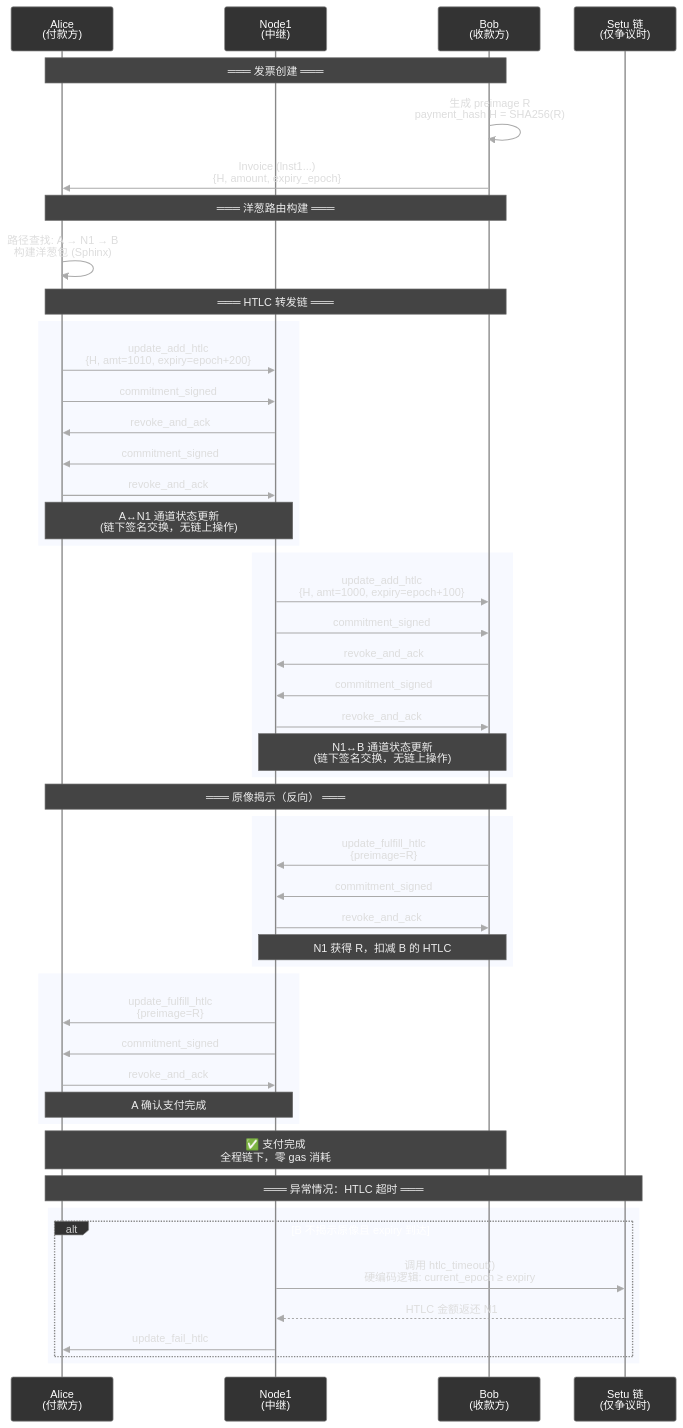
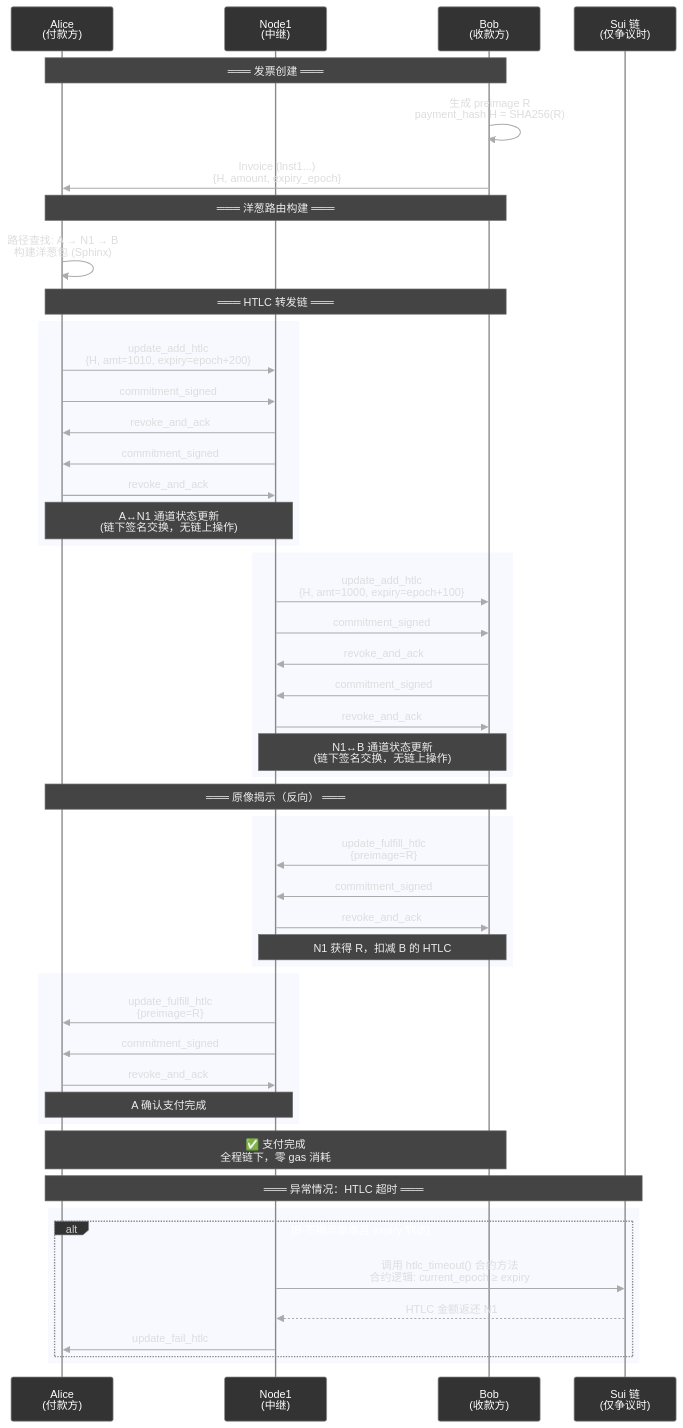
One commit to loka-network/loka-p2p-lnd changed the fifth of 9 diagrams in 1-refactor-docs/lnd-and-setu-integration.md. Above: the diagram before and after it, drawn with Mermaid. The commit also changed other lines of this file and 43 other files, not shown here.

Commit message:
Refactor: Transition from Setu to Sui backend and implement base RPC client and wallet balance mapping

````diff
--- a/1-refactor-docs/lnd-and-setu-integration.md
+++ b/1-refactor-docs/lnd-and-setu-integration.md
@@ -209,80 +209,80 @@
 ```mermaid
 %%{init: {
   'theme': 'base',
   'themeVariables': {
     'actorBorder': '#888888',
     'actorBkg': '#333333',
     'actorTextColor': '#ffffff',
     'noteBkgColor': '#444444',
     'noteBorderColor': '#666666',
     'noteTextColor': '#eeeeee',
     'signalColor': '#aaaaaa',
     'signalTextColor': '#dddddd',
     'labelTextColor': '#cccccc',
     'loopTextColor': '#ffffff',
     'activationBkgColor': '#3a3a3a',
     'fillType0': '#2a2a2a'
   }
 }}%%
 
 sequenceDiagram
     participant A as Alice<br/>(付款方)
     participant N1 as Node1<br/>(中继)
     participant B as Bob<br/>(收款方)
-    participant Setu as Setu 链<br/>(仅争议时)
+    participant Sui as Sui 链<br/>(仅争议时)
 
     Note over A, B: ═══ 发票创建 ═══
     B->>B: 生成 preimage R<br/>payment_hash H = SHA256(R)
     B->>A: Invoice (lnst1...)<br/>{H, amount, expiry_epoch}
 
     Note over A, B: ═══ 洋葱路由构建 ═══
     A->>A: 路径查找: A → N1 → B<br/>构建洋葱包 (Sphinx)
 
     Note over A, B: ═══ HTLC 转发链 ═══
 
     rect
         A->>N1: update_add_htlc<br/>{H, amt=1010, expiry=epoch+200}
         A->>N1: commitment_signed
         N1->>A: revoke_and_ack
         N1->>A: commitment_signed
         A->>N1: revoke_and_ack
         Note over A, N1: A↔N1 通道状态更新<br/>(链下签名交换，无链上操作)
     end
 
     rect
         N1->>B: update_add_htlc<br/>{H, amt=1000, expiry=epoch+100}
         N1->>B: commitment_signed
         B->>N1: revoke_and_ack
         B->>N1: commitment_signed
         N1->>B: revoke_and_ack
         Note over N1, B: N1↔B 通道状态更新<br/>(链下签名交换，无链上操作)
     end
 
     Note over A, B: ═══ 原像揭示（反向） ═══
 
     rect
         B->>N1: update_fulfill_htlc<br/>{preimage=R}
         B->>N1: commitment_signed
         N1->>B: revoke_and_ack
         Note over N1, B: N1 获得 R，扣减 B 的 HTLC
     end
 
     rect
         N1->>A: update_fulfill_htlc<br/>{preimage=R}
         N1->>A: commitment_signed
         A->>N1: revoke_and_ack
         Note over A, N1: A 确认支付完成
     end
 
     Note over A, B: ✅ 支付完成<br/>全程链下，零 gas 消耗
 
-    Note over A, Setu: ═══ 异常情况：HTLC 超时 ═══
+    Note over A, Sui: ═══ 异常情况：HTLC 超时 ═══
 
     rect
         alt B 不揭示原像且 expiry 到达
-            N1->>Setu: 调用 htlc_timeout()<br/>硬编码逻辑: current_epoch ≥ expiry
-            Setu-->>N1: HTLC 金额返还 N1
+            N1->>Sui: 调用 htlc_timeout() 合约方法<br/>合约逻辑: current_epoch ≥ expiry
+            Sui-->>N1: HTLC 金额返还 N1
             N1->>A: update_fail_htlc
         end
     end
 ```
````
